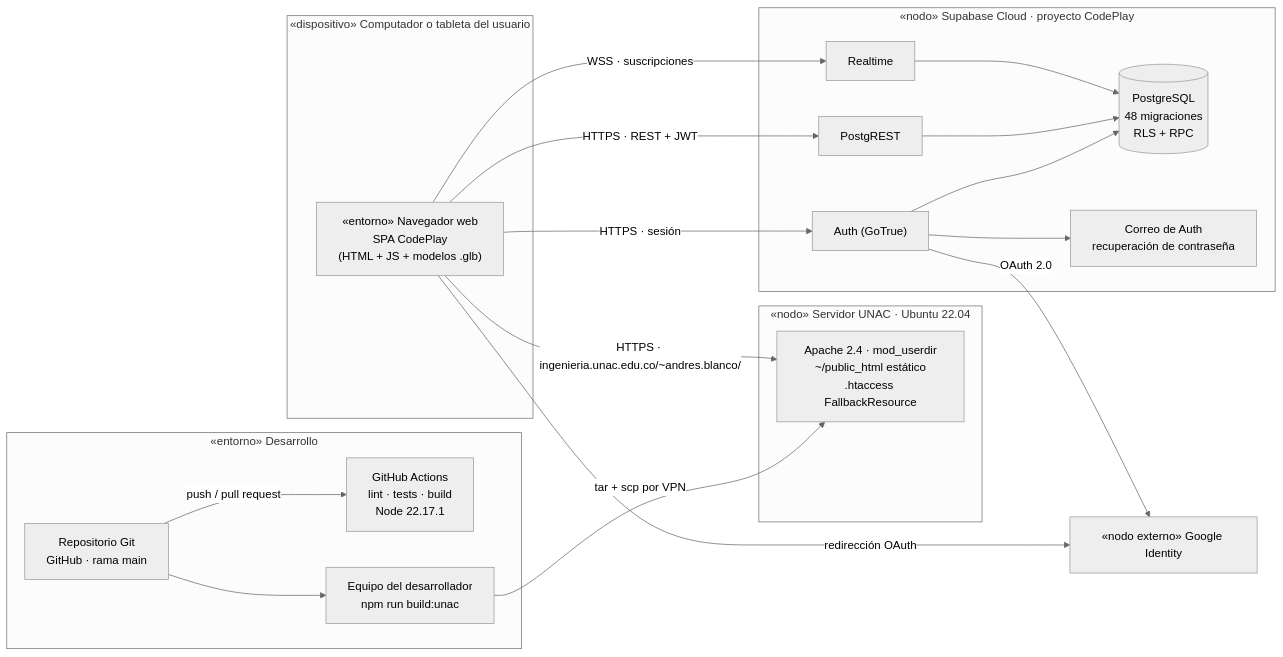
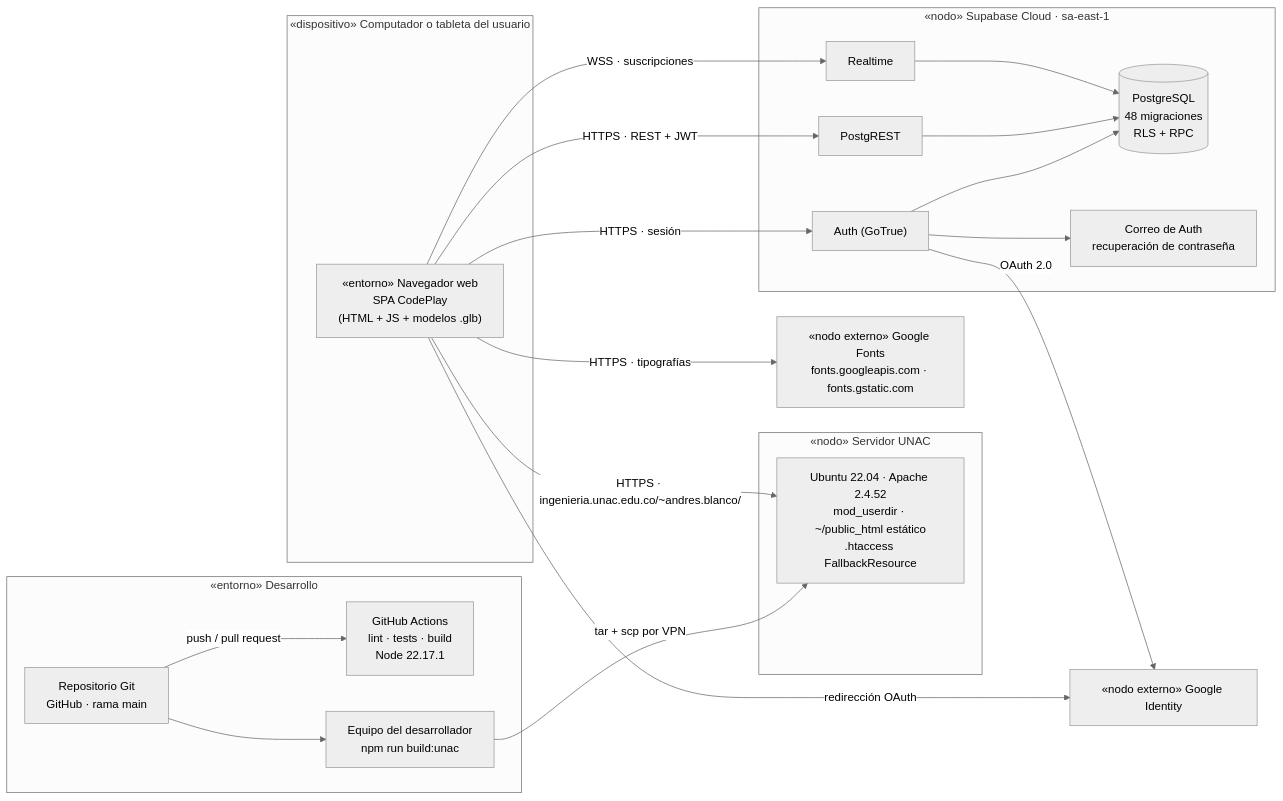
The second of 4 diagrams in docs/ARQUITECTURA.md (AndresB05/codeplay_Pgrado), drawn with Mermaid (neutral theme) before and after one commit. The commit also changed other lines of this file and 1 other file, not shown here.

First line of the commit message:
Diagrama de despliegue medido contra la plataforma en la UNAC

````diff
--- a/docs/ARQUITECTURA.md
+++ b/docs/ARQUITECTURA.md
@@ -91,40 +93,42 @@
 ```mermaid
 flowchart LR
     subgraph CLIENTE["«dispositivo» Computador o tableta del usuario"]
         BROWSER["«entorno» Navegador web<br/>SPA CodePlay<br/>(HTML + JS + modelos .glb)"]
     end
 
     subgraph DEV["«entorno» Desarrollo"]
         REPO["Repositorio Git<br/>GitHub · rama main"]
         CI["GitHub Actions<br/>lint · tests · build<br/>Node 22.17.1"]
         BUILD["Equipo del desarrollador<br/>npm run build:unac"]
     end
 
-    subgraph UNAC["«nodo» Servidor UNAC · Ubuntu 22.04"]
-        APACHE["Apache 2.4 · mod_userdir<br/>~/public_html estático<br/>.htaccess FallbackResource"]
+    subgraph UNAC["«nodo» Servidor UNAC"]
+        APACHE["Ubuntu 22.04 · Apache 2.4.52<br/>mod_userdir · ~/public_html estático<br/>.htaccess FallbackResource"]
     end
 
-    subgraph SUPABASE["«nodo» Supabase Cloud · proyecto CodePlay"]
+    subgraph SUPABASE["«nodo» Supabase Cloud · sa-east-1"]
         GOTRUE["Auth (GoTrue)"]
         POSTGREST["PostgREST"]
         REALTIME["Realtime"]
         DB[("PostgreSQL<br/>48 migraciones<br/>RLS + RPC")]
         MAIL["Correo de Auth<br/>recuperación de contraseña"]
     end
 
     GOOGLE["«nodo externo» Google Identity"]
+    FONTS["«nodo externo» Google Fonts<br/>fonts.googleapis.com · fonts.gstatic.com"]
 
     REPO -- "push / pull request" --> CI
     REPO --> BUILD
     BUILD -- "tar + scp por VPN" --> APACHE
     BROWSER -- "HTTPS · ingenieria.unac.edu.co/~andres.blanco/" --> APACHE
     BROWSER -- "HTTPS · REST + JWT" --> POSTGREST
     BROWSER -- "HTTPS · sesión" --> GOTRUE
     BROWSER -- "WSS · suscripciones" --> REALTIME
     BROWSER -- "redirección OAuth" --> GOOGLE
+    BROWSER -- "HTTPS · tipografías" --> FONTS
     GOTRUE -- "OAuth 2.0" --> GOOGLE
     GOTRUE --> DB
     POSTGREST --> DB
     REALTIME --> DB
     GOTRUE --> MAIL
 ```
````
